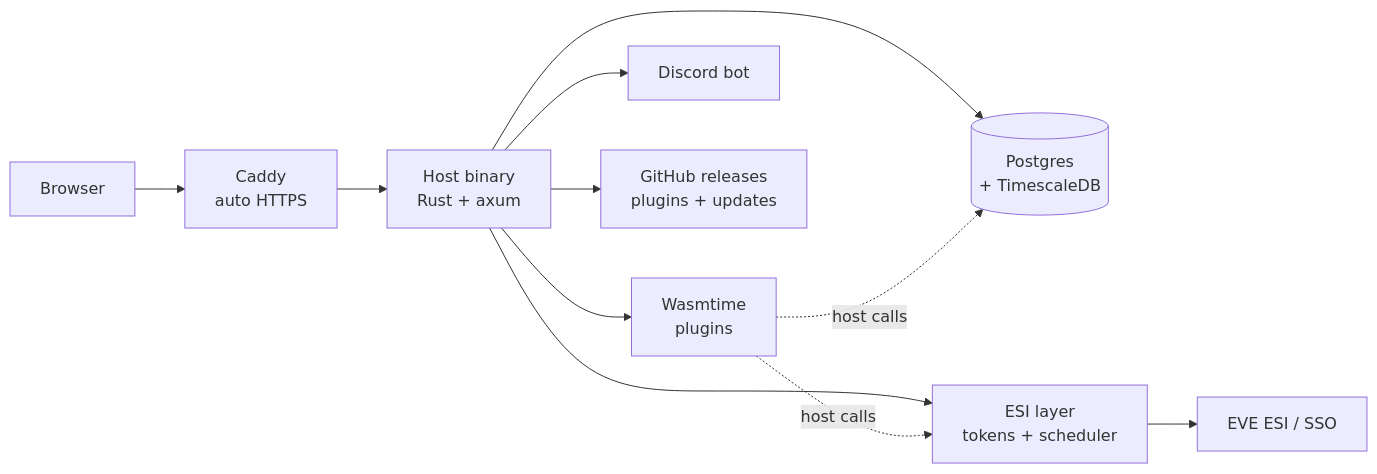
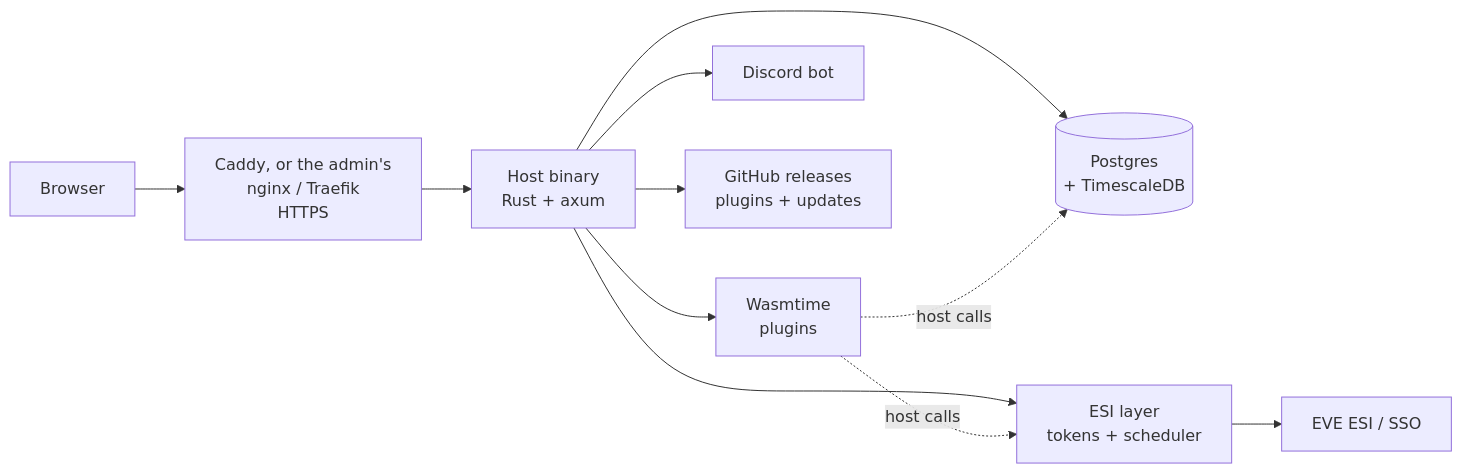
One commit to infktd/tether changed the first of 2 diagrams in docs/ARCHITECTURE.md. Above: the diagram before and after it, drawn with Mermaid. The commit also changed other lines of this file and 11 other files, not shown here.

````diff
--- a/docs/ARCHITECTURE.md
+++ b/docs/ARCHITECTURE.md
@@ -7,13 +7,13 @@
 ```mermaid
 flowchart LR
-    U[Browser] --> C[Caddy<br/>auto HTTPS]
+    U[Browser] --> C[Caddy, or the admin's<br/>nginx / Traefik<br/>HTTPS]
     C --> H[Host binary<br/>Rust + axum]
     H --> P[(Postgres<br/>+ TimescaleDB)]
     H --> W[Wasmtime<br/>plugins]
     H --> E[ESI layer<br/>tokens + scheduler]
     E --> ESI[EVE ESI / SSO]
     H --> D[Discord bot]
     H --> G[GitHub releases<br/>plugins + updates]
     W -. host calls .-> E
     W -. host calls .-> P
 ```
````
